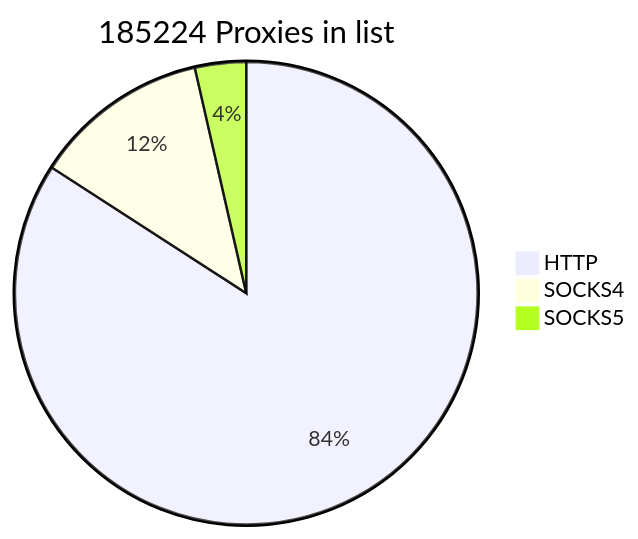
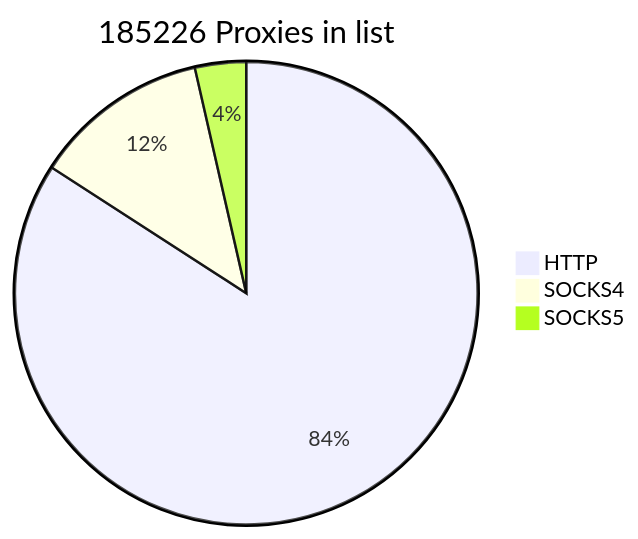
One commit to cutipu/proxylist changed the first of 2 diagrams in README.md. Above: the diagram before and after it, drawn with Mermaid. The commit also changed other lines of this file, not shown here.

````diff
--- a/README.md
+++ b/README.md
@@ -2,7 +2,7 @@
 ```mermaid
-pie title 185224 Proxies in list
+pie title 185226 Proxies in list
     "HTTP" : 155836
-    "SOCKS4" : 22773
+    "SOCKS4" : 22775
     "SOCKS5" : 6615
             
 ```
````
